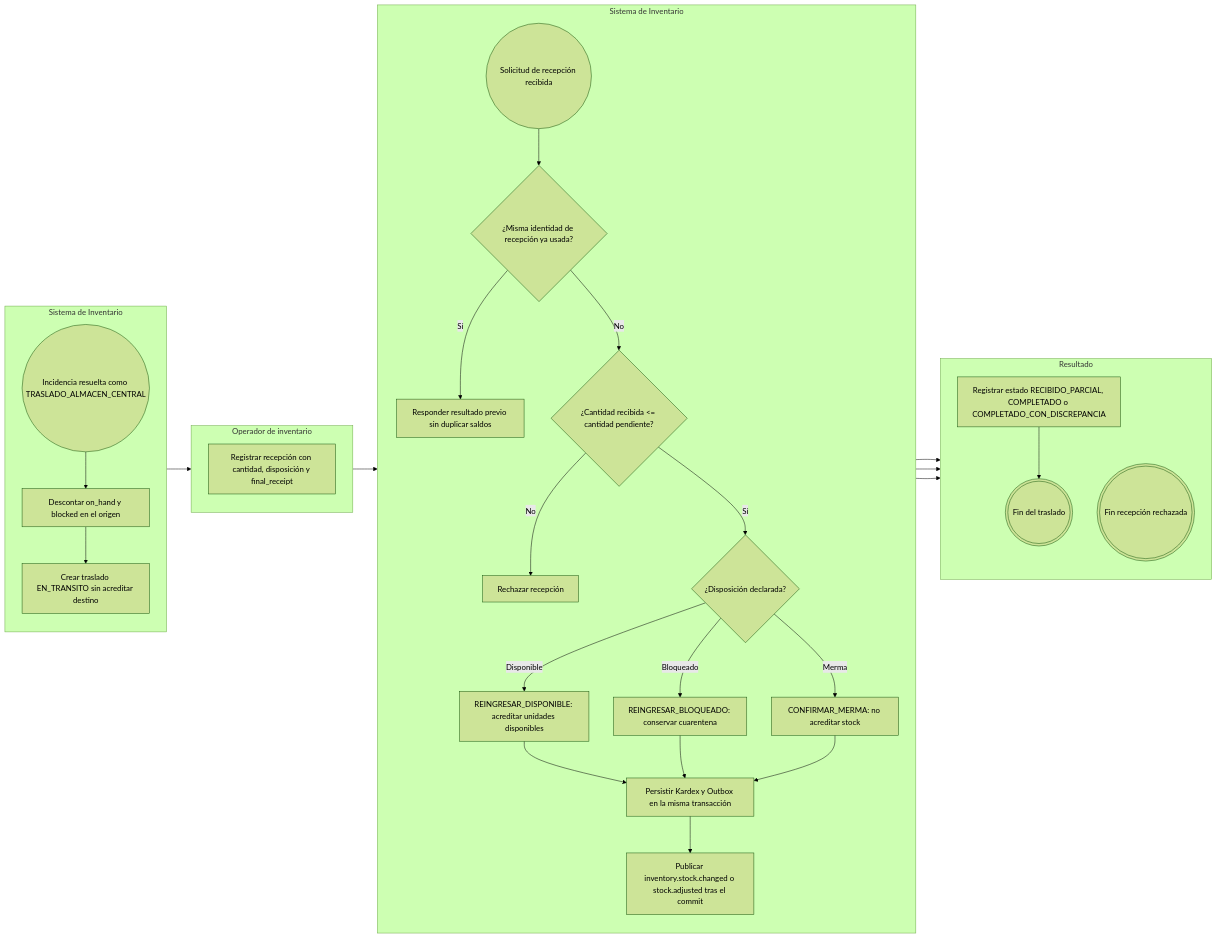
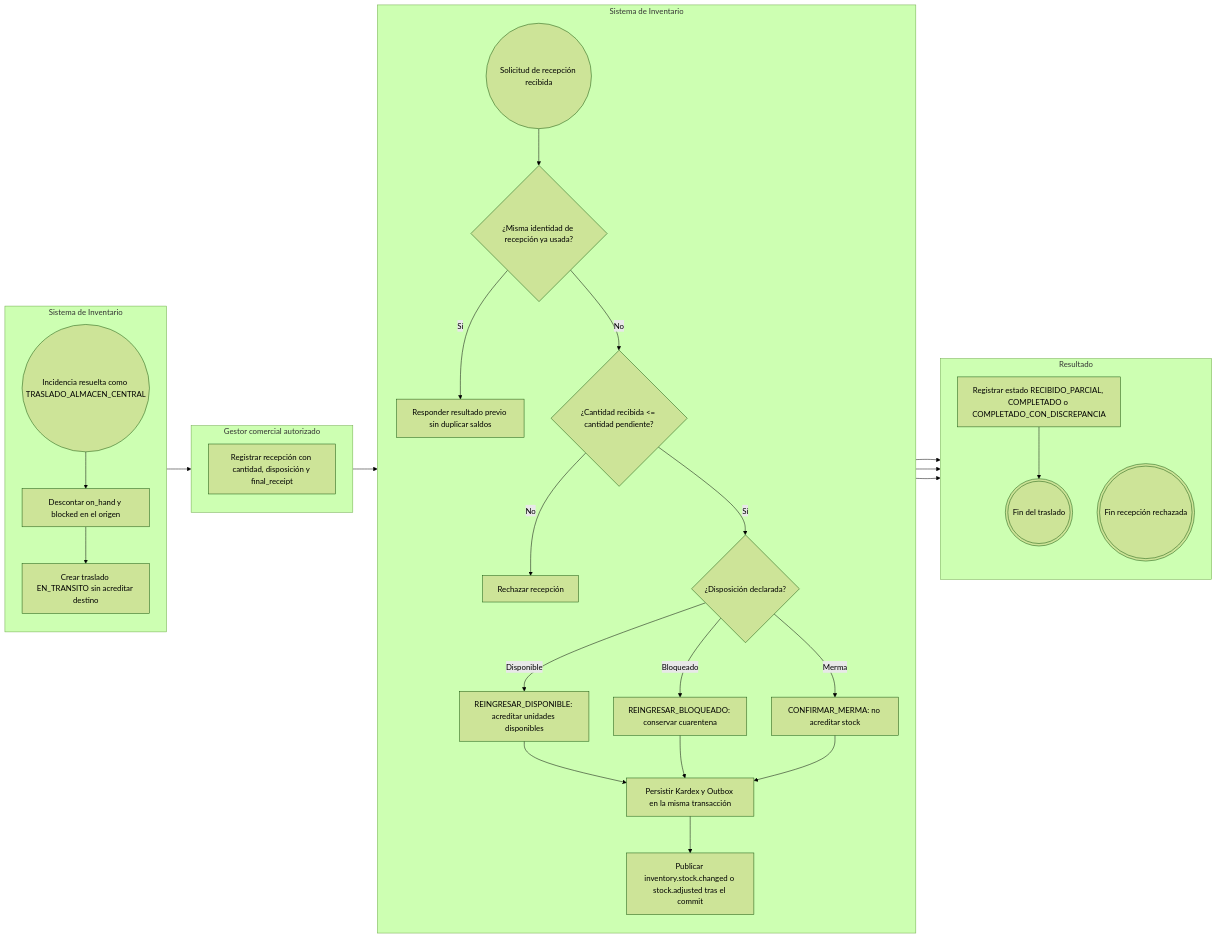
The ninth of 10 diagrams in flujos/FLOW-015-control-stock-disponibilidad.md (Taller-SW-Web/G6-Productos-Ofertas-docs), drawn with Mermaid (forest theme) before and after one commit. The commit also changed other lines of this file and 9 other files, not shown here.

Commit message:
docs(castilla): aplicar correcciones P0 de actores canonicos y diagramas C4

````diff
--- a/flujos/FLOW-015-control-stock-disponibilidad.md
+++ b/flujos/FLOW-015-control-stock-disponibilidad.md
@@ -461,57 +461,57 @@
 ```mermaid
 flowchart LR
     subgraph ORIGEN["Sistema de Inventario"]
         direction TB
         INICIO((Incidencia resuelta como TRASLADO_ALMACEN_CENTRAL))
         A1["Descontar on_hand y blocked en el origen"]
         A2["Crear traslado EN_TRANSITO sin acreditar destino"]
     end
 
-    subgraph OP["Operador de inventario"]
+    subgraph GESTOR["Gestor comercial autorizado"]
         direction TB
         A3["Registrar recepción con cantidad, disposición y final_receipt"]
     end
 
     subgraph INV["Sistema de Inventario"]
         direction TB
         E1(("Solicitud de recepción recibida"))
         D1{"¿Misma identidad de recepción ya usada?"}
         A4["Responder resultado previo sin duplicar saldos"]
         D2{"¿Cantidad recibida <= cantidad pendiente?"}
         A5["Rechazar recepción"]
         D3{"¿Disposición declarada?"}
         A6["REINGRESAR_DISPONIBLE: acreditar unidades disponibles"]
         A7["REINGRESAR_BLOQUEADO: conservar cuarentena"]
         A8["CONFIRMAR_MERMA: no acreditar stock"]
         A9["Persistir Kardex y Outbox en la misma transacción"]
         A10["Publicar inventory.stock.changed o stock.adjusted tras el commit"]
     end
 
     subgraph RES["Resultado"]
         direction TB
         B1["Registrar estado RECIBIDO_PARCIAL, COMPLETADO o COMPLETADO_CON_DISCREPANCIA"]
         FIN_OK(((Fin del traslado)))
         FIN_REJ(((Fin recepción rechazada)))
     end
 
     INICIO --> A1
     A1 --> A2
     A2 --> A3
     A3 --> E1
     E1 --> D1
     D1 -->|"Sí"| A4
     D1 -->|"No"| D2
     A4 --> FIN_OK
     D2 -->|"No"| A5
     D2 -->|"Sí"| D3
     A5 --> FIN_REJ
     D3 -->|"Disponible"| A6
     D3 -->|"Bloqueado"| A7
     D3 -->|"Merma"| A8
     A6 --> A9
     A7 --> A9
     A8 --> A9
     A9 --> A10
     A10 --> B1
     B1 --> FIN_OK
 ```
````
